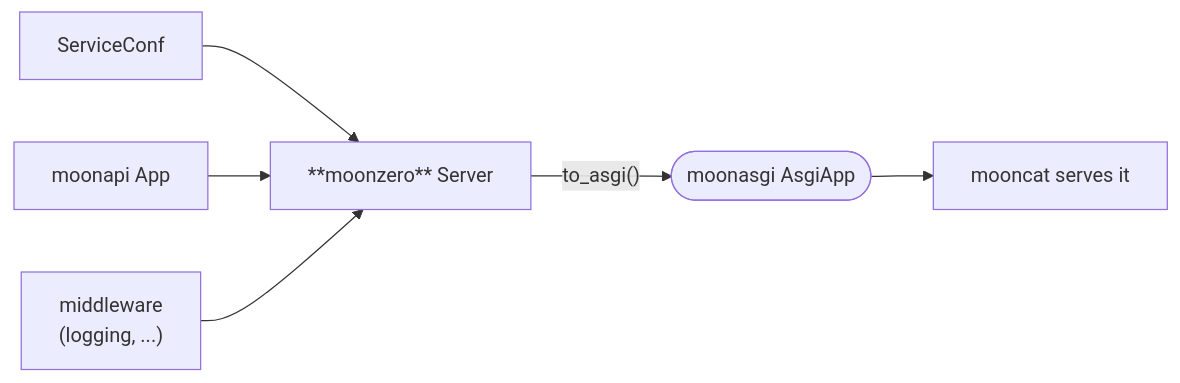
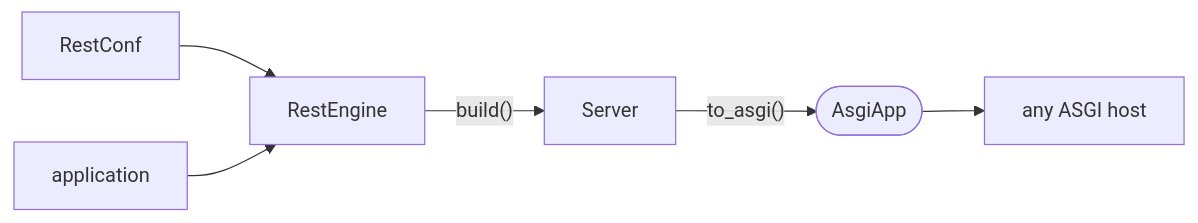
Before and after one commit to moonbitstack/moonzero: the diagram in README.md, drawn with Mermaid. The commit also changed other lines of this file and 4 other files, not shown here.

````diff
--- a/README.md
+++ b/README.md
@@ -17,8 +19,8 @@
 ```mermaid
 flowchart LR
-  conf["ServiceConf"] --> srv["**moonzero** Server"]
-  api["moonapi App"] --> srv
-  mw["middleware<br/>(logging, ...)"] --> srv
-  srv -->|"to_asgi()"| asgi(["moonasgi AsgiApp"])
-  asgi --> cat["mooncat serves it"]
+  conf["RestConf"] --> engine["RestEngine"]
+  app["application"] --> engine
+  engine -->|"build()"| server["Server"]
+  server -->|"to_asgi()"| asgi(["AsgiApp"])
+  asgi --> host["any ASGI host"]
 ```
````
